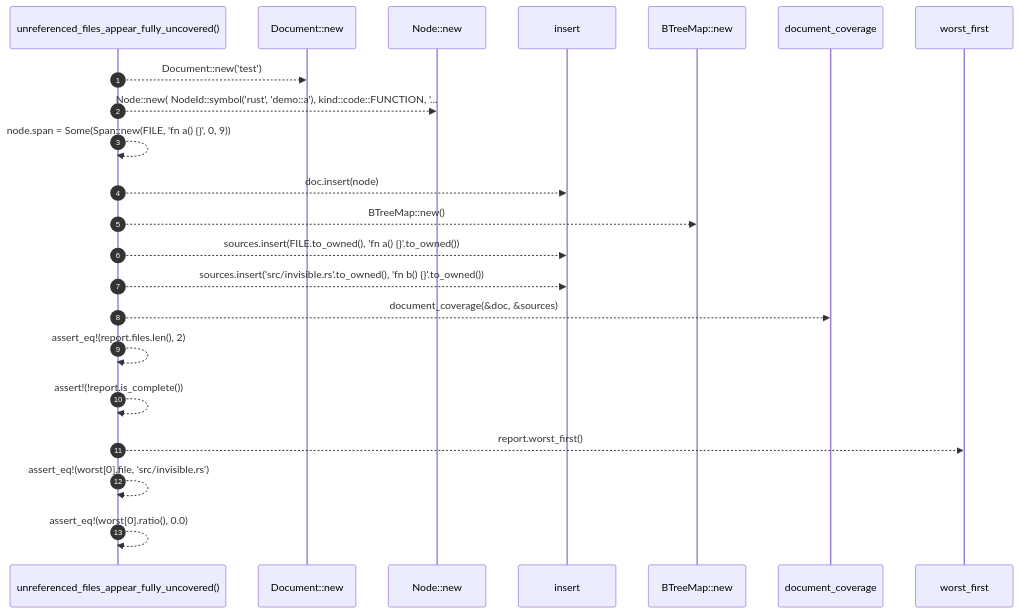
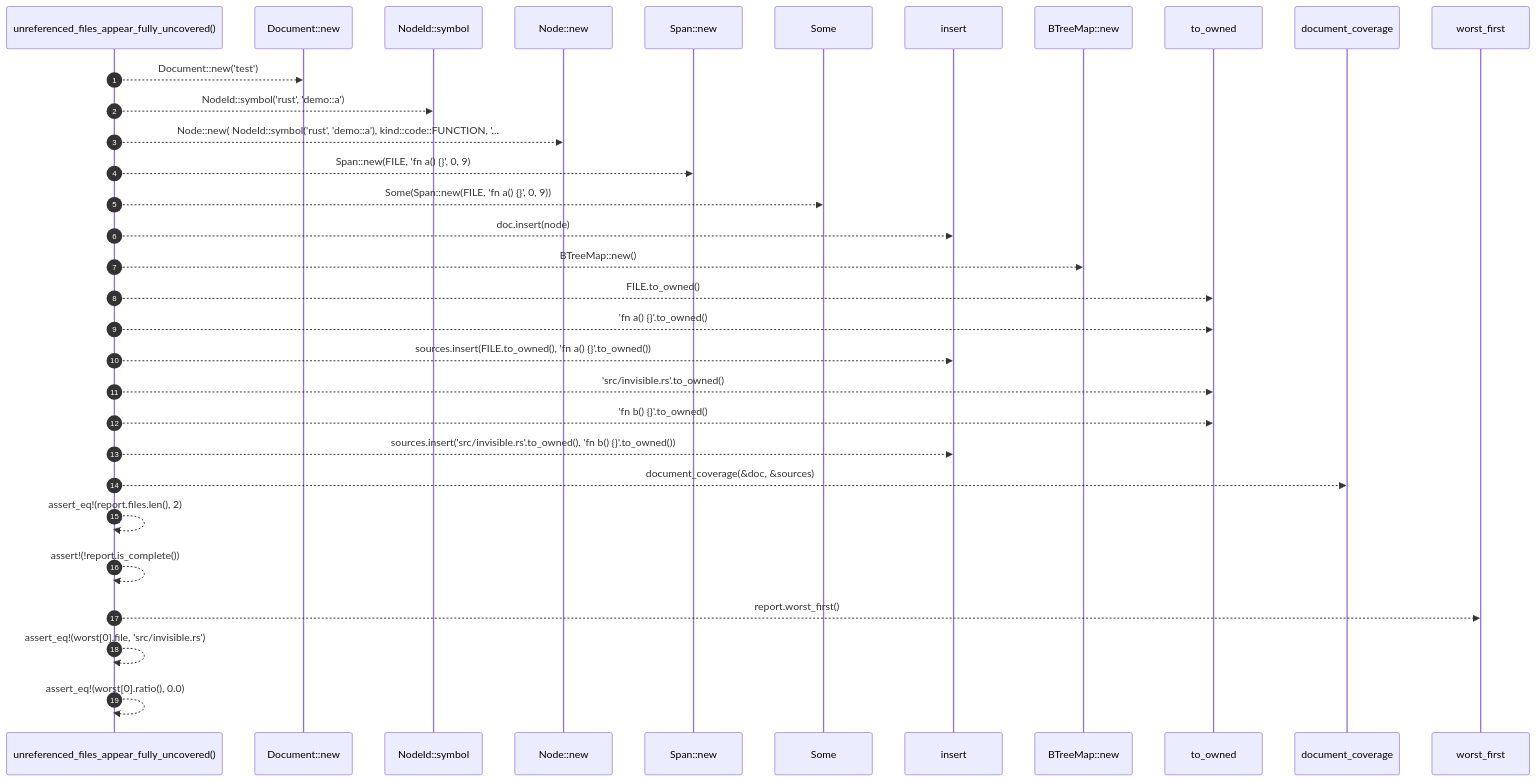
One commit to RyanGuild/self-describing-code changed the diagram in docs/self-model/robby_ir/test_coverage/unreferenced-files-appear-fully-uncovered.md. Above: the diagram before and after it, drawn with Mermaid. The commit also changed other lines of this file and 1404 other files, not shown here.

````diff
--- a/docs/self-model/robby_ir/test_coverage/unreferenced-files-appear-fully-uncovered.md
+++ b/docs/self-model/robby_ir/test_coverage/unreferenced-files-appear-fully-uncovered.md
@@ -39,24 +39,34 @@
 ```mermaid
 sequenceDiagram
     autonumber
     participant unreferenced_files_appear_fully_uncovered as unreferenced_files_appear_fully_uncovered()
     participant Document__new as Document::new
+    participant NodeId__symbol as NodeId::symbol
     participant Node__new as Node::new
+    participant Span__new as Span::new
+    participant Some as Some
     participant insert as insert
     participant BTreeMap__new as BTreeMap::new
+    participant to_owned as to_owned
     participant document_coverage as document_coverage
     participant worst_first as worst_first
     unreferenced_files_appear_fully_uncovered-->>Document__new: Document::new('test')
+    unreferenced_files_appear_fully_uncovered-->>NodeId__symbol: NodeId::symbol('rust', 'demo::a')
     unreferenced_files_appear_fully_uncovered-->>Node__new: Node::new( NodeId::symbol('rust', 'demo::a'), kind::code::FUNCTION, '...
-    unreferenced_files_appear_fully_uncovered-->>unreferenced_files_appear_fully_uncovered: node.span = Some(Span::new(FILE, 'fn a() {}', 0, 9))
+    unreferenced_files_appear_fully_uncovered-->>Span__new: Span::new(FILE, 'fn a() {}', 0, 9)
+    unreferenced_files_appear_fully_uncovered-->>Some: Some(Span::new(FILE, 'fn a() {}', 0, 9))
     unreferenced_files_appear_fully_uncovered-->>insert: doc.insert(node)
     unreferenced_files_appear_fully_uncovered-->>BTreeMap__new: BTreeMap::new()
+    unreferenced_files_appear_fully_uncovered-->>to_owned: FILE.to_owned()
+    unreferenced_files_appear_fully_uncovered-->>to_owned: 'fn a() {}'.to_owned()
     unreferenced_files_appear_fully_uncovered-->>insert: sources.insert(FILE.to_owned(), 'fn a() {}'.to_owned())
+    unreferenced_files_appear_fully_uncovered-->>to_owned: 'src/invisible.rs'.to_owned()
+    unreferenced_files_appear_fully_uncovered-->>to_owned: 'fn b() {}'.to_owned()
     unreferenced_files_appear_fully_uncovered-->>insert: sources.insert('src/invisible.rs'.to_owned(), 'fn b() {}'.to_owned())
     unreferenced_files_appear_fully_uncovered-->>document_coverage: document_coverage(&doc, &sources)
     unreferenced_files_appear_fully_uncovered-->>unreferenced_files_appear_fully_uncovered: assert_eq!(report.files.len(), 2)
     unreferenced_files_appear_fully_uncovered-->>unreferenced_files_appear_fully_uncovered: assert!(!report.is_complete())
     unreferenced_files_appear_fully_uncovered-->>worst_first: report.worst_first()
     unreferenced_files_appear_fully_uncovered-->>unreferenced_files_appear_fully_uncovered: assert_eq!(worst[0].file, 'src/invisible.rs')
     unreferenced_files_appear_fully_uncovered-->>unreferenced_files_appear_fully_uncovered: assert_eq!(worst[0].ratio(), 0.0)
 ```
````
